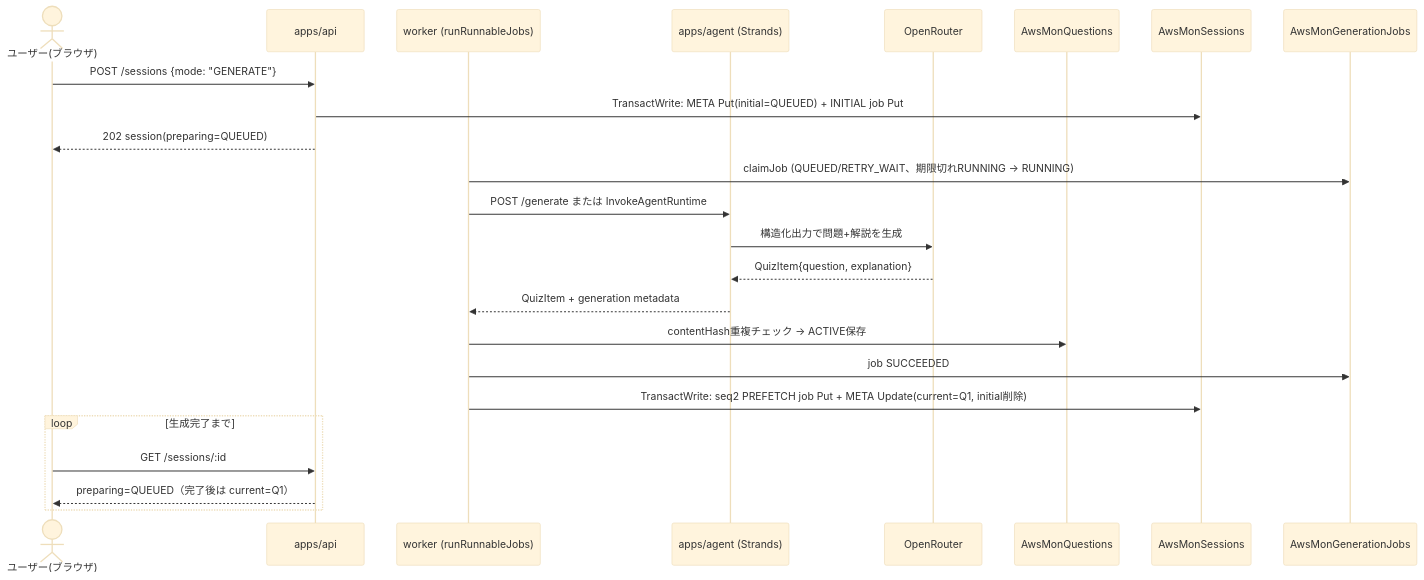
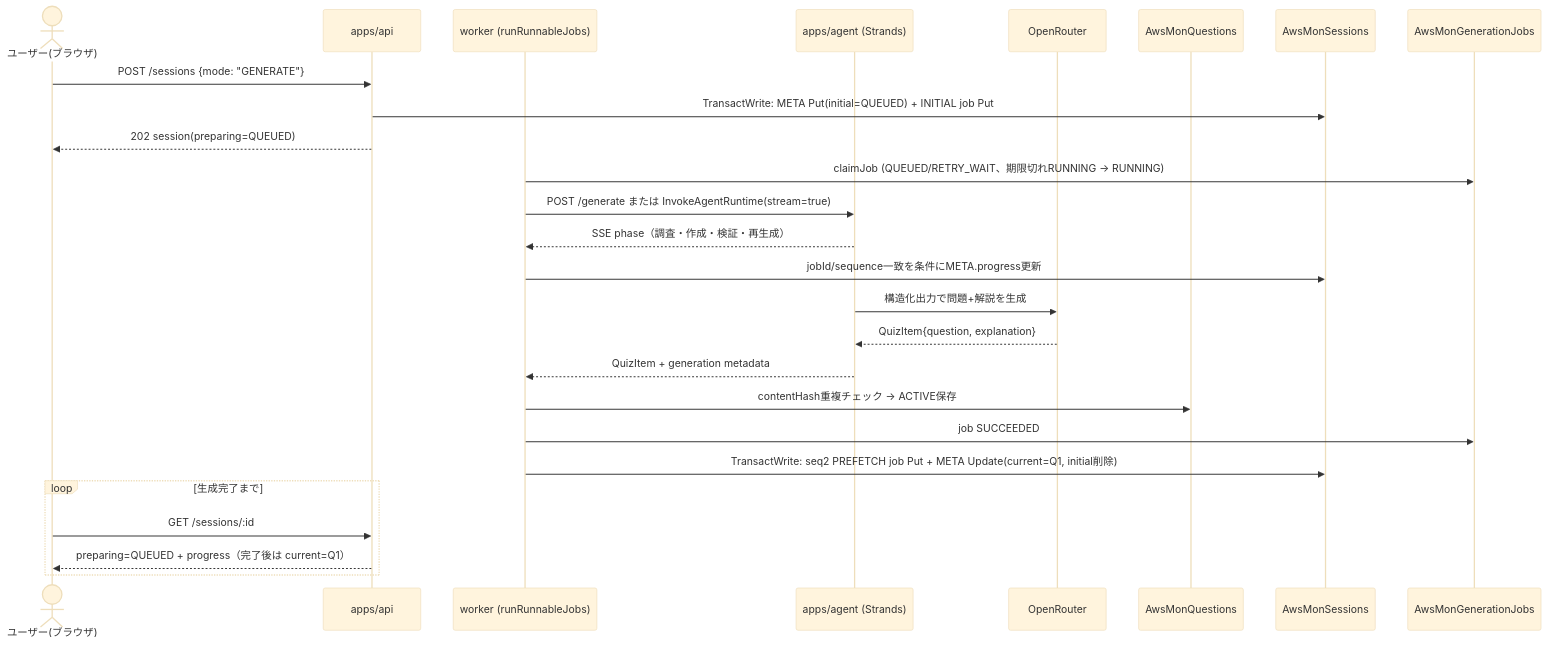
The third of 4 diagrams in docs/architecture.md (yuyumama/AWS-MON), drawn with Mermaid (base theme) before and after one commit. The commit also changed other lines of this file and 15 other files, not shown here.

````diff
--- a/docs/architecture.md
+++ b/docs/architecture.md
@@ -154,29 +154,31 @@
 ```mermaid
 sequenceDiagram
     actor U as ユーザー(ブラウザ)
     participant API as apps/api
     participant W as worker (runRunnableJobs)
     participant Agent as apps/agent (Strands)
     participant LLM as OpenRouter
     participant Q as AwsMonQuestions
     participant S as AwsMonSessions
     participant J as AwsMonGenerationJobs
 
     U->>API: POST /sessions {mode: "GENERATE"}
     API->>S: TransactWrite: META Put(initial=QUEUED) + INITIAL job Put
     API-->>U: 202 session(preparing=QUEUED)
 
     W->>J: claimJob (QUEUED/RETRY_WAIT、期限切れRUNNING → RUNNING)
-    W->>Agent: POST /generate または InvokeAgentRuntime
+    W->>Agent: POST /generate または InvokeAgentRuntime(stream=true)
+    Agent-->>W: SSE phase（調査・作成・検証・再生成）
+    W->>S: jobId/sequence一致を条件にMETA.progress更新
     Agent->>LLM: 構造化出力で問題+解説を生成
     LLM-->>Agent: QuizItem{question, explanation}
     Agent-->>W: QuizItem + generation metadata
     W->>Q: contentHash重複チェック → ACTIVE保存
     W->>J: job SUCCEEDED
     W->>S: TransactWrite: seq2 PREFETCH job Put + META Update(current=Q1, initial削除)
 
     loop 生成完了まで
         U->>API: GET /sessions/:id
-        API-->>U: preparing=QUEUED（完了後は current=Q1）
+        API-->>U: preparing=QUEUED + progress（完了後は current=Q1）
     end
 ```
````
